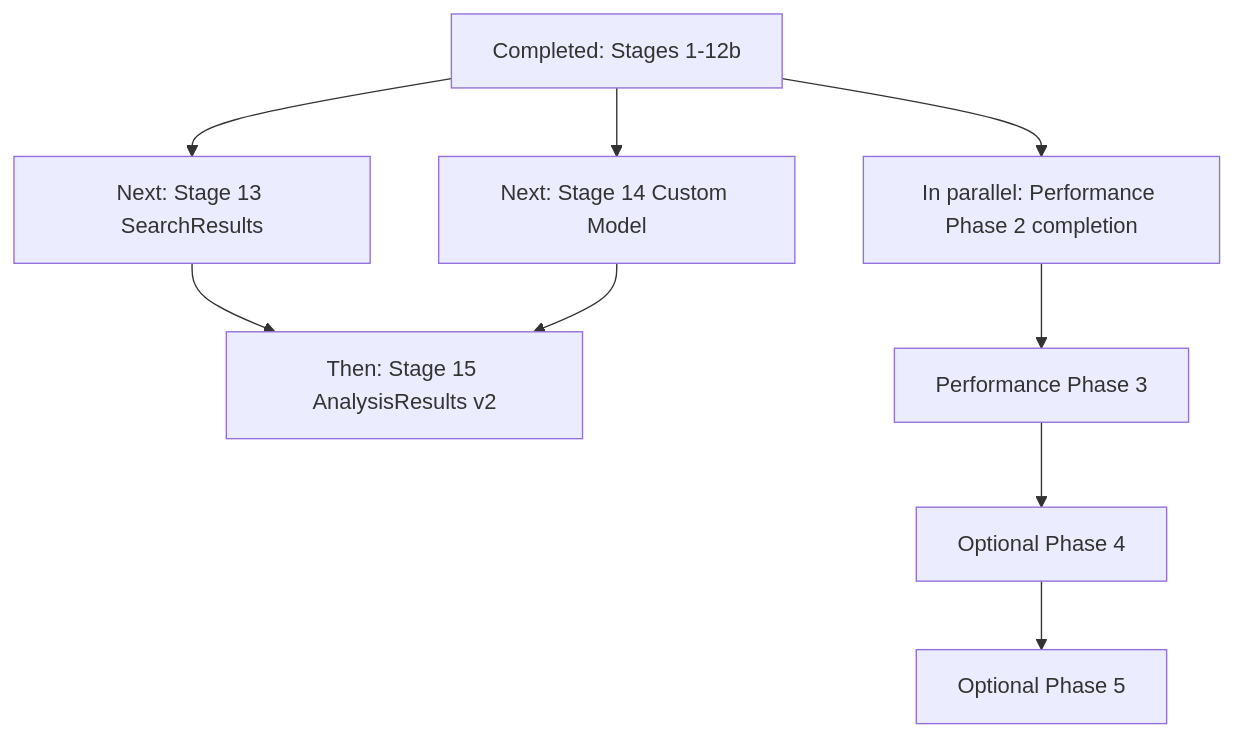
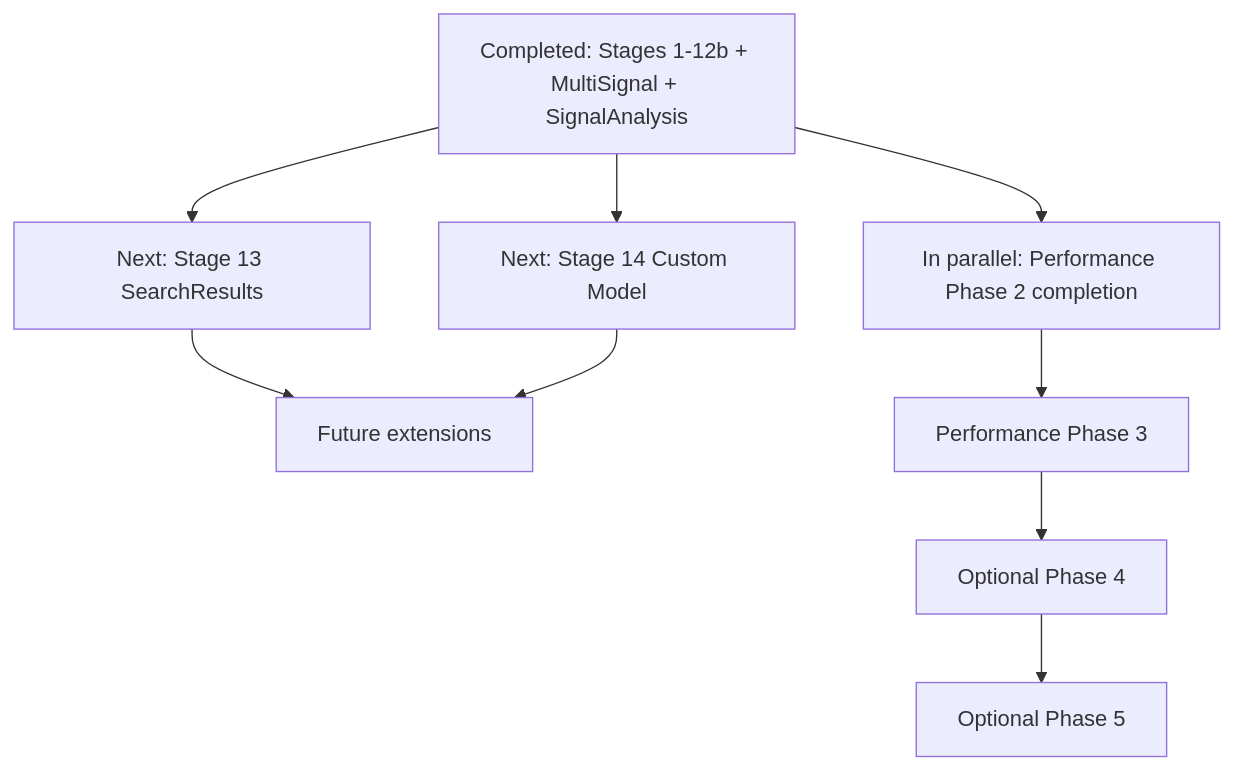
The third of 3 diagrams in TableWidget.md (ripopov/surfer), drawn with Mermaid before and after one commit. The commit also changed other lines of this file and 12 other files, not shown here.

````diff
--- a/TableWidget.md
+++ b/TableWidget.md
@@ -437,11 +487,11 @@
 ```mermaid
 flowchart TD
-    A[Completed: Stages 1-12b] --> B[Next: Stage 13 SearchResults]
+    A[Completed: Stages 1-12b + MultiSignal + SignalAnalysis] --> B[Next: Stage 13 SearchResults]
     A --> C[Next: Stage 14 Custom Model]
-    B --> D[Then: Stage 15 AnalysisResults v2]
+    B --> D[Future extensions]
     C --> D
     A --> E[In parallel: Performance Phase 2 completion]
     E --> F[Performance Phase 3]
     F --> G[Optional Phase 4]
     G --> H[Optional Phase 5]
 ```
````
